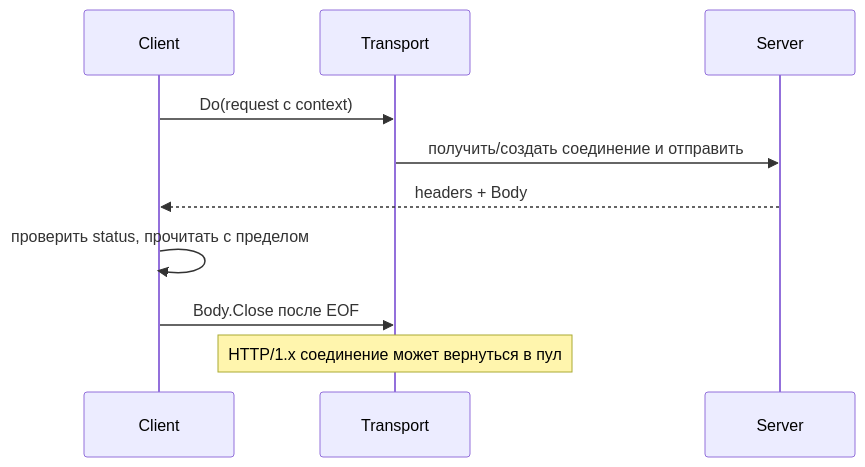
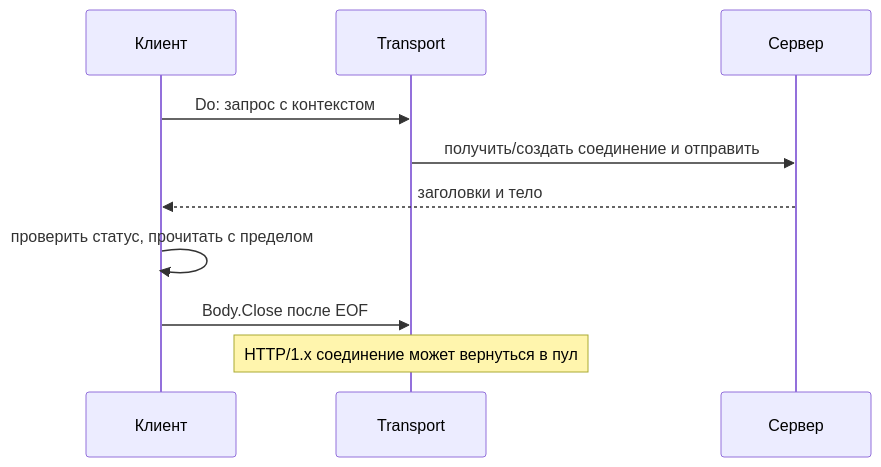
The diagram in docs/go/backend/http-client.md (leary1337/vault), drawn with Mermaid before and after one commit. The commit also changed other lines of this file and 325 other files, not shown here.

````diff
--- a/docs/go/backend/http-client.md
+++ b/docs/go/backend/http-client.md
@@ -108,12 +90,12 @@
 ```mermaid
 sequenceDiagram
-    participant C as Client
+    participant C as Клиент
     participant T as Transport
-    participant S as Server
-    C->>T: Do(request с context)
+    participant S as Сервер
+    C->>T: Do: запрос с контекстом
     T->>S: получить/создать соединение и отправить
-    S-->>C: headers + Body
-    C->>C: проверить status, прочитать с пределом
+    S-->>C: заголовки и тело
+    C->>C: проверить статус, прочитать с пределом
     C->>T: Body.Close после EOF
     Note over T: HTTP/1.x соединение может вернуться в пул
 ```
````
